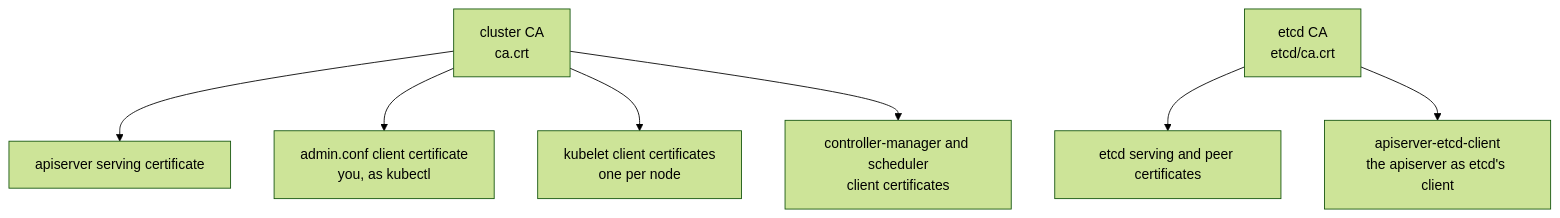
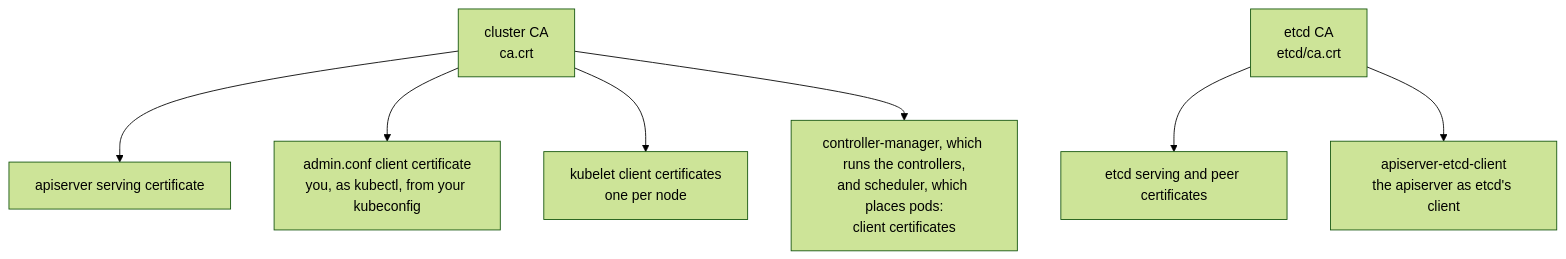
The second of 2 diagrams in learn/tls.md (jclapdev/cka-study), drawn with Mermaid (forest theme) before and after one commit. The commit also changed other lines of this file and 57 other files, not shown here.

````diff
--- a/learn/tls.md
+++ b/learn/tls.md
@@ -32,9 +32,9 @@
 ```mermaid
 flowchart TD
   CA[cluster CA<br/>ca.crt] --> S[apiserver serving certificate]
-  CA --> AD[admin.conf client certificate<br/>you, as kubectl]
+  CA --> AD[admin.conf client certificate<br/>you, as kubectl, from your kubeconfig]
   CA --> KL[kubelet client certificates<br/>one per node]
-  CA --> CM[controller-manager and scheduler<br/>client certificates]
+  CA --> CM[controller-manager, which runs the controllers,<br/>and scheduler, which places pods:<br/>client certificates]
   ECA[etcd CA<br/>etcd/ca.crt] --> ES[etcd serving and peer certificates]
   ECA --> AE[apiserver-etcd-client<br/>the apiserver as etcd's client]
 ```
````
